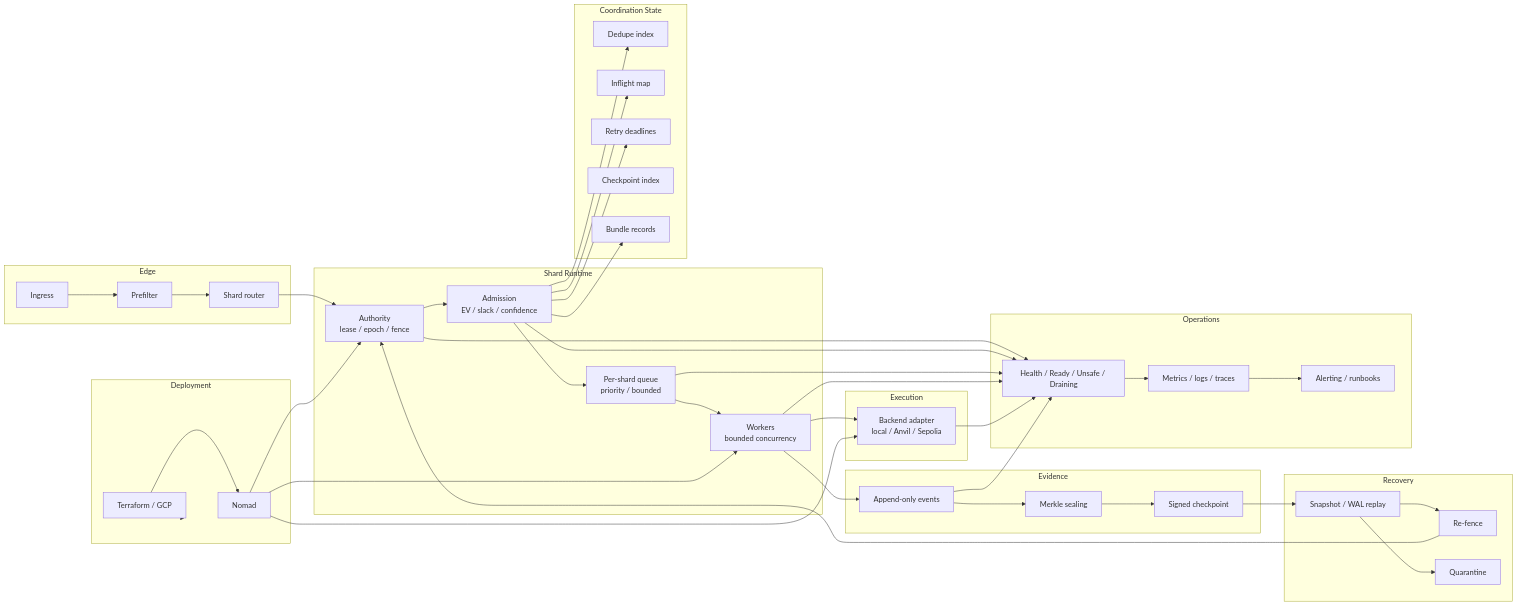
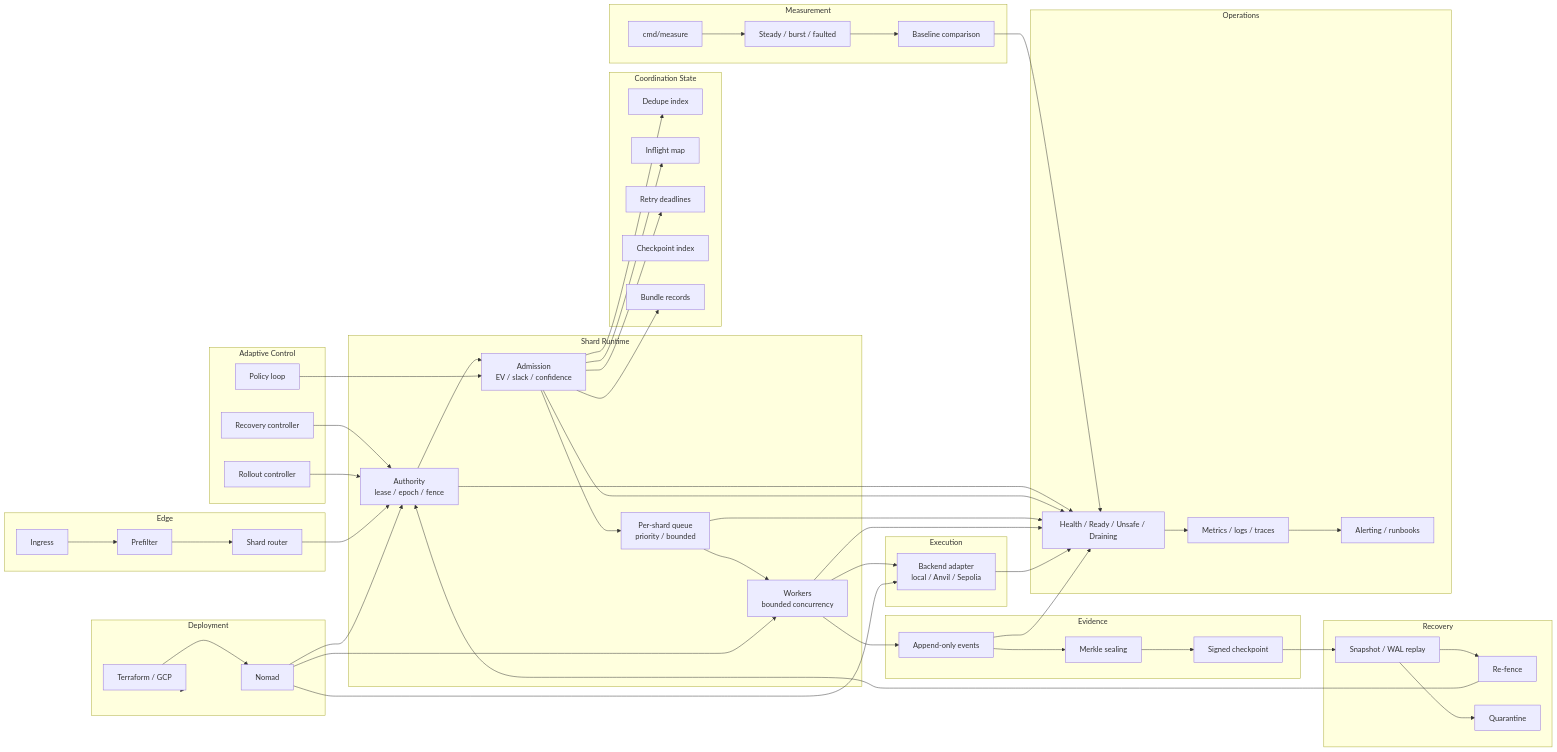
The diagram in blockchain/eth/mev/v3/docs/architecture.md (kofi-ska/swe-projects), drawn with Mermaid before and after one commit. The commit also changed other lines of this file and 68 other files, not shown here.

```diff
--- a/blockchain/eth/mev/v3/docs/architecture.md
+++ b/blockchain/eth/mev/v3/docs/architecture.md
@@ -62,6 +126,15 @@
     Q["Per-shard queue<br/>priority / bounded"]
     W["Workers<br/>bounded concurrency"]
     A --> S --> Q --> W
+  end
+
+  subgraph Policy["Adaptive Control"]
+    Pc["Policy loop"]
+    Rc["Recovery controller"]
+    Ro["Rollout controller"]
+    Pc --> S
+    Rc --> A
+    Ro --> A
   end
 
   subgraph State["Coordination State"]
@@ -88,6 +161,13 @@
     Qr["Quarantine"]
   end
 
+  subgraph Proof["Measurement"]
+    M0["cmd/measure"]
+    M1["Steady / burst / faulted"]
+    M2["Baseline comparison"]
+    M0 --> M1 --> M2
+  end
+
   subgraph Ops["Operations"]
     H["Health / Ready / Unsafe / Draining"]
     O["Metrics / logs / traces"]
@@ -109,6 +189,7 @@
   E --> M --> V
   V --> U --> F --> A
   U --> Qr
+  M2 --> H
 
   A --> H
   S --> H
```
